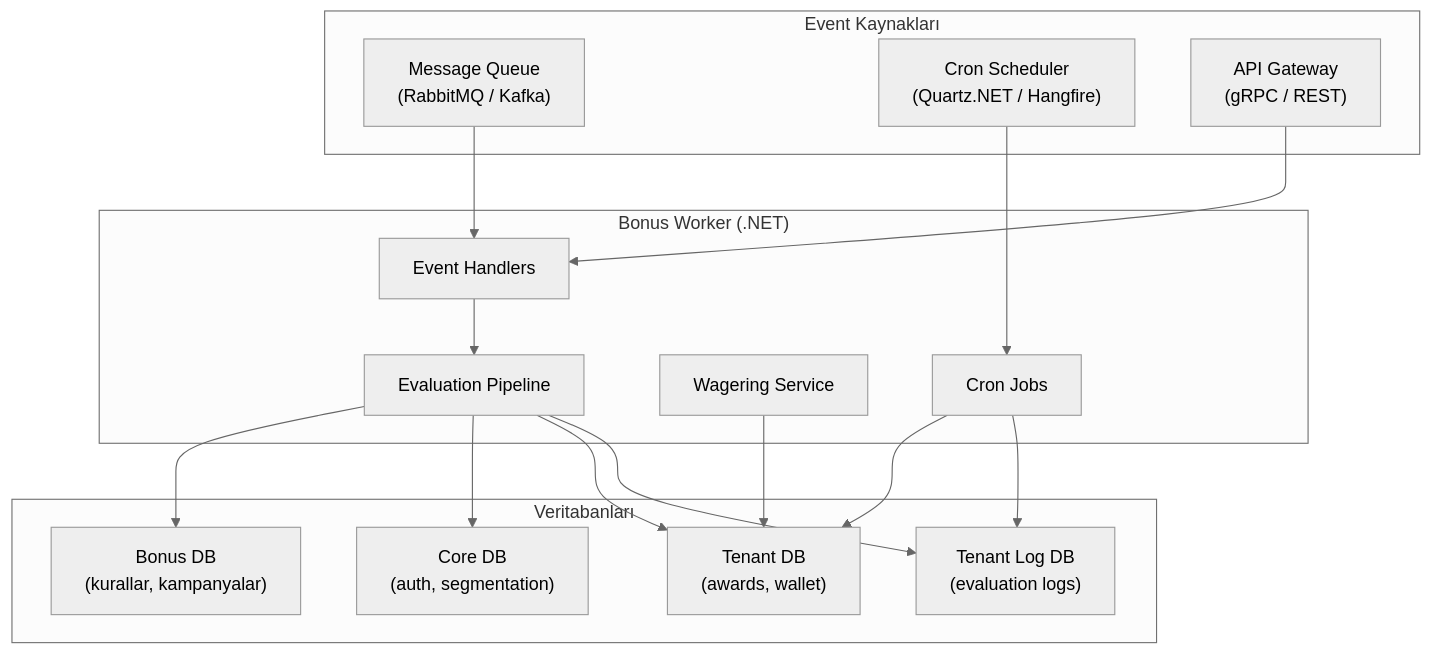
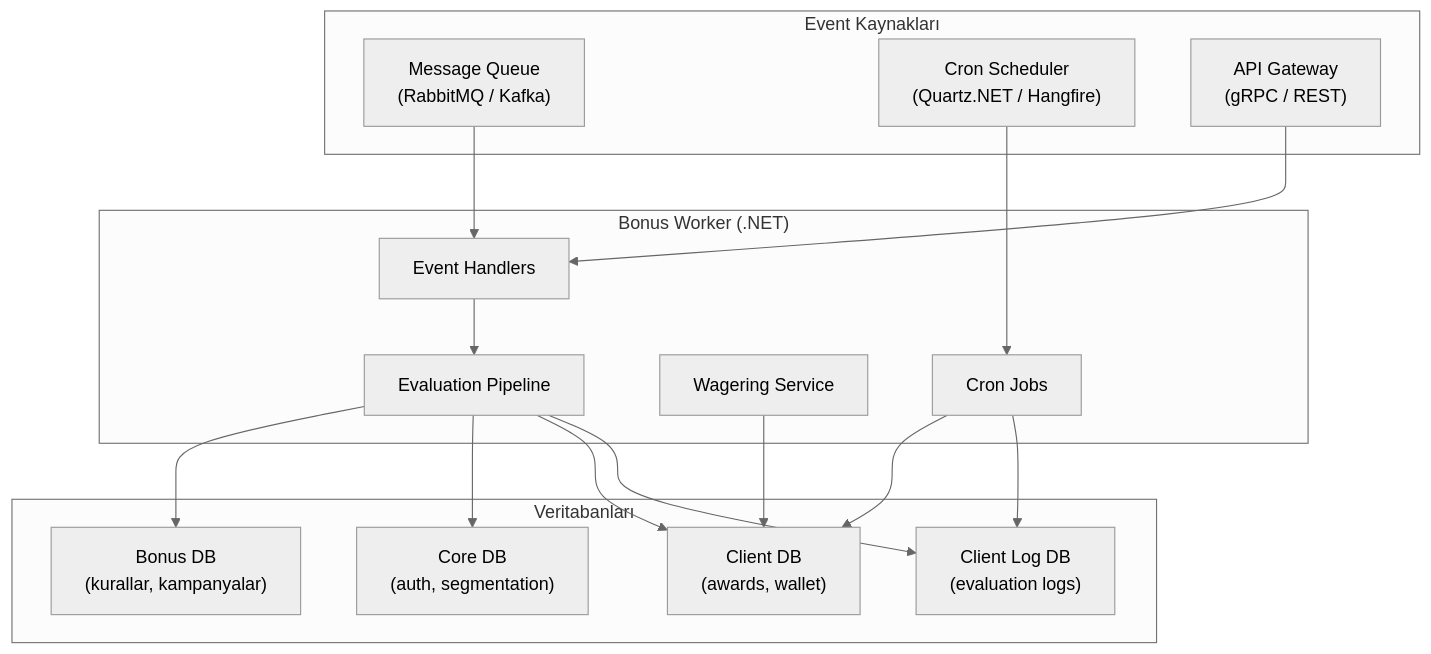
The first of 5 diagrams in .docs/guides/BONUS_WORKER_BACKEND.md (frhtshn/One.DB), drawn with Mermaid (neutral theme) before and after one commit. The commit also changed other lines of this file and 442 other files, not shown here.

First line of the commit message:
Nucleo → Sortis One ve tenant → client içerik güncellemeleri

````diff
--- a/.docs/guides/BONUS_WORKER_BACKEND.md
+++ b/.docs/guides/BONUS_WORKER_BACKEND.md
@@ -13,37 +13,37 @@
 ```mermaid
 flowchart TD
     subgraph events["Event Kaynakları"]
         MQ["Message Queue<br/>(RabbitMQ / Kafka)"]
         CRON["Cron Scheduler<br/>(Quartz.NET / Hangfire)"]
         API["API Gateway<br/>(gRPC / REST)"]
     end
 
     subgraph worker["Bonus Worker (.NET)"]
         EH["Event Handlers"]
         EP["Evaluation Pipeline"]
         WS["Wagering Service"]
         CJ["Cron Jobs"]
     end
 
     subgraph databases["Veritabanları"]
         BDB["Bonus DB<br/>(kurallar, kampanyalar)"]
-        TDB["Tenant DB<br/>(awards, wallet)"]
+        TDB["Client DB<br/>(awards, wallet)"]
         CDB["Core DB<br/>(auth, segmentation)"]
-        TLDB["Tenant Log DB<br/>(evaluation logs)"]
+        TLDB["Client Log DB<br/>(evaluation logs)"]
     end
 
     MQ --> EH
     CRON --> CJ
     API --> EH
 
     EH --> EP
     EP --> BDB
     EP --> CDB
     EP --> TDB
     EP --> TLDB
 
     WS --> TDB
 
     CJ --> TDB
     CJ --> TLDB
 ```
````
